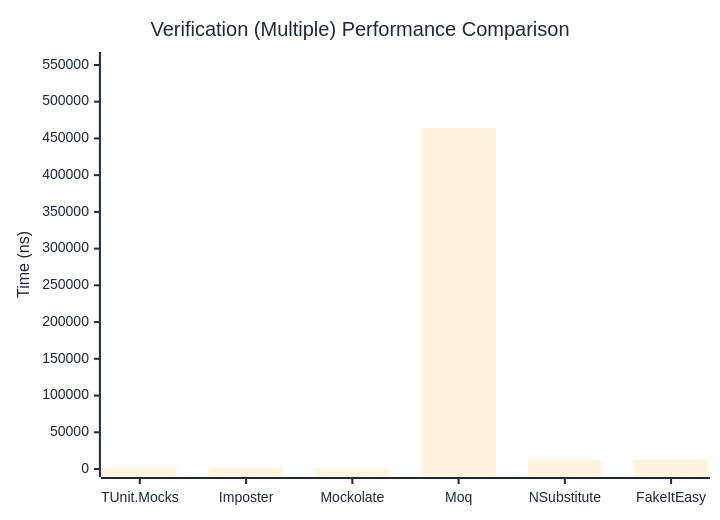
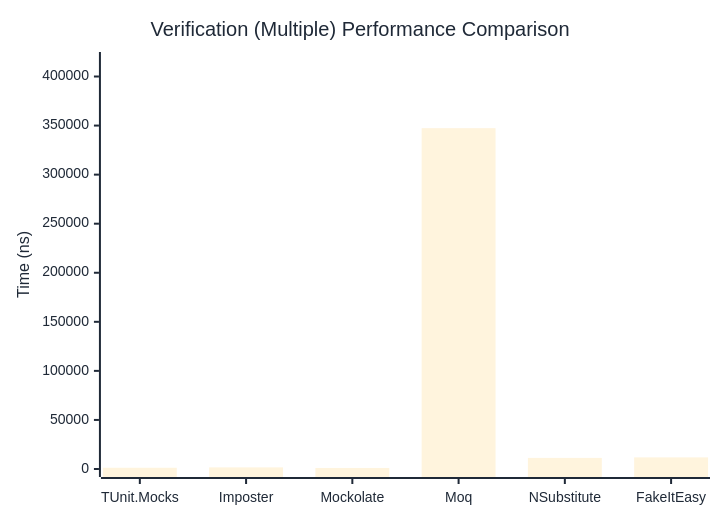
One commit to thomhurst/TUnit changed the third of 3 diagrams in docs/docs/benchmarks/mocks/Verification.md. Above: the diagram before and after it, drawn with Mermaid. The commit also changed other lines of this file and 14 other files, not shown here.

````diff
--- a/docs/docs/benchmarks/mocks/Verification.md
+++ b/docs/docs/benchmarks/mocks/Verification.md
@@ -112,27 +112,27 @@
 ```mermaid
 %%{init: {
   'theme':'base',
   'themeVariables': {
     'primaryColor': '#2563eb',
     'primaryTextColor': '#1f2937',
     'primaryBorderColor': '#1e40af',
     'lineColor': '#6b7280',
     'secondaryColor': '#7c3aed',
     'tertiaryColor': '#dc2626',
     'background': '#ffffff',
     'pie1': '#2563eb',
     'pie2': '#7c3aed',
     'pie3': '#dc2626',
     'pie4': '#f59e0b',
     'pie5': '#10b981',
     'pie6': '#06b6d4',
     'pie7': '#ec4899',
     'pie8': '#6366f1'
   }
 }}%%
 xychart-beta
   title "Verification (Multiple) Performance Comparison"
   x-axis ["TUnit.Mocks", "Imposter", "Mockolate", "Moq", "NSubstitute", "FakeItEasy"]
-  y-axis "Time (ns)" 0 --> 556779
-  bar [1209.84, 1798.95, 1050.9, 463982.03, 12207.2, 13114.13]
+  y-axis "Time (ns)" 0 --> 416823
+  bar [1250.61, 1650.72, 1046.23, 347352.06, 11307.22, 11827.79]
 ```
````
